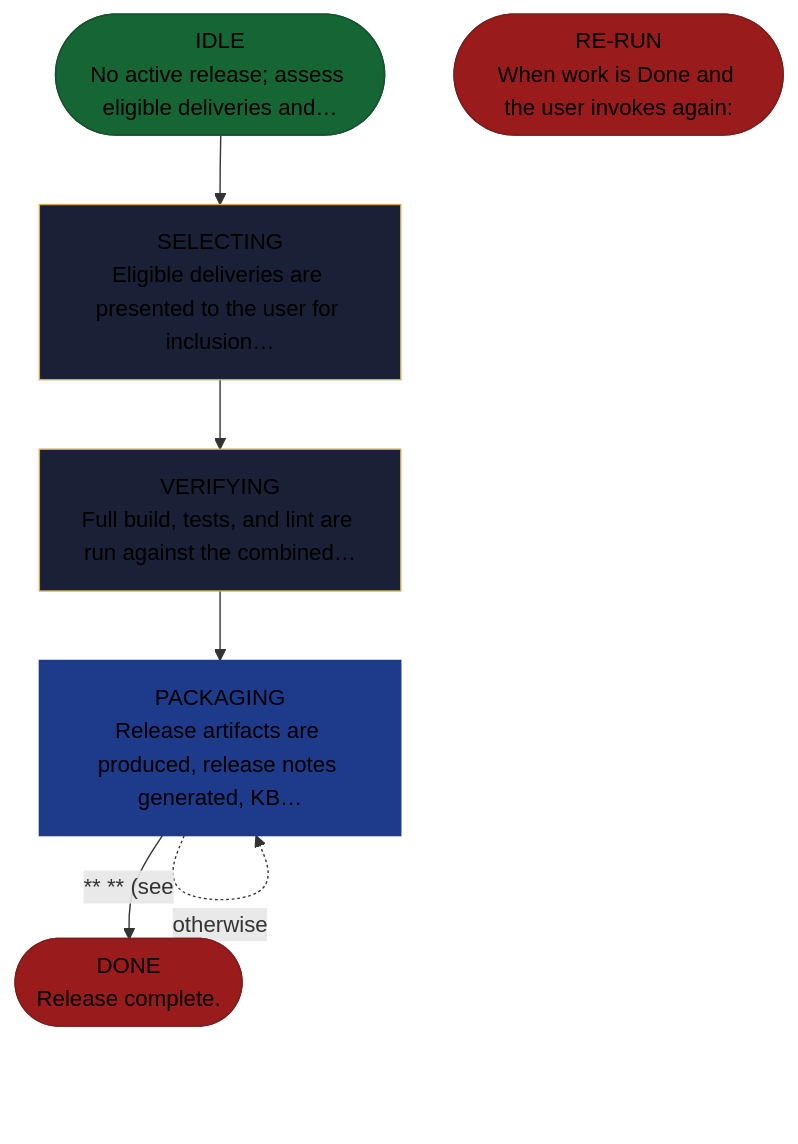
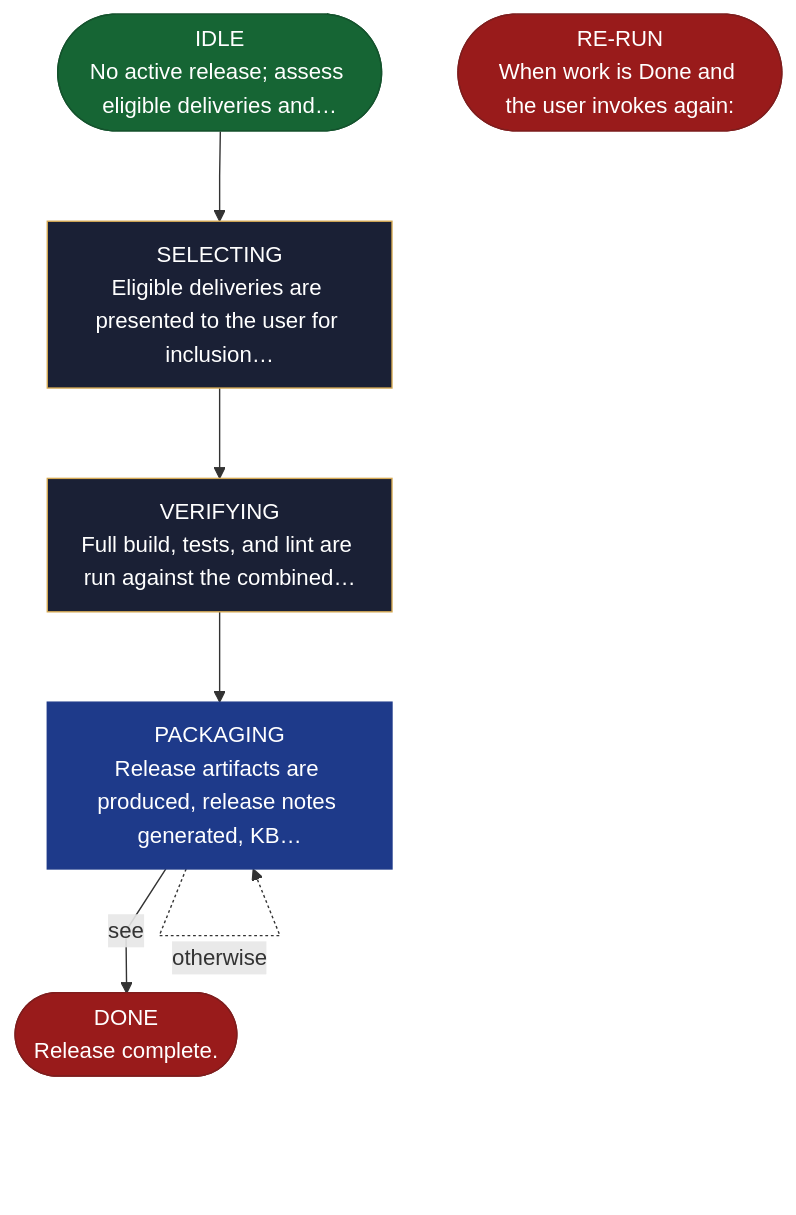
The diagram in site/src/content/docs/skills/aid-deploy.md (AndreVianna/aid-methodology), drawn with Mermaid before and after one commit. The commit also changed 37 other files, not shown here.

````diff
--- a/site/src/content/docs/skills/aid-deploy.md
+++ b/site/src/content/docs/skills/aid-deploy.md
@@ -19,32 +19,33 @@
 ```mermaid
+%%{init: {'flowchart': {'nodeSpacing': 55, 'rankSpacing': 65, 'curve': 'linear', 'padding': 12, 'useMaxWidth': true}}}%%
 flowchart TB
-  classDef aidNode color:inherit
+  classDef aidNode color:#fff
   classDef aidEntry fill:#166534,stroke:#14532d,color:#fff
   classDef aidExit fill:#991b1b,stroke:#7f1d1d,color:#fff
   classDef aidDecision fill:#92400e,stroke:#78350f,color:#fff
   classDef aidLoopBack fill:#1e3a8a,stroke:#1e3a8a,color:#fff
   classDef aidStep fill:#1a2035,stroke:#d4a853,color:#f1f5f9
   n1(["IDLE<br/>No active release; assess eligible deliveries and…"])
   n2["SELECTING<br/>Eligible deliveries are presented to the user for inclusion…"]
   n3["VERIFYING<br/>Full build, tests, and lint are run against the combined…"]
   n4["PACKAGING<br/>Release artifacts are produced, release notes generated, KB…"]
   n5(["DONE<br/>Release complete."])
   n6(["RE-RUN<br/>When work is Done and the user invokes again:"])
   n1 --> n2
   n2 --> n3
   n3 --> n4
   n4 -. "otherwise" .-> n4
-  n4 -->|"** ** (see"| n5
+  n4 -->|"see"| n5
   class n1 aidEntry
   class n2 aidStep
   class n3 aidStep
   class n4 aidLoopBack
   class n5 aidExit
   class n6 aidExit
   class n1 aidNode
   class n2 aidNode
   class n3 aidNode
   class n4 aidNode
   class n5 aidNode
   class n6 aidNode
 ```
````
